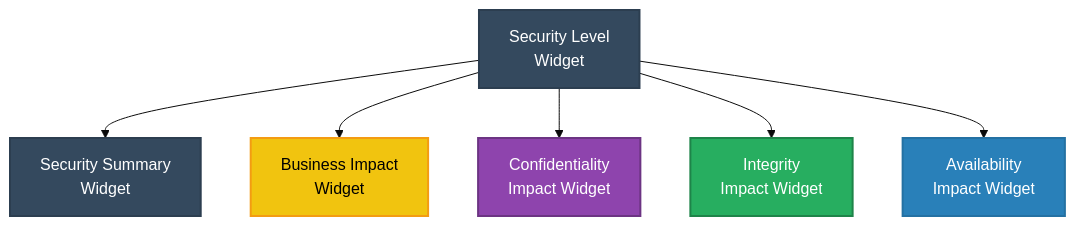
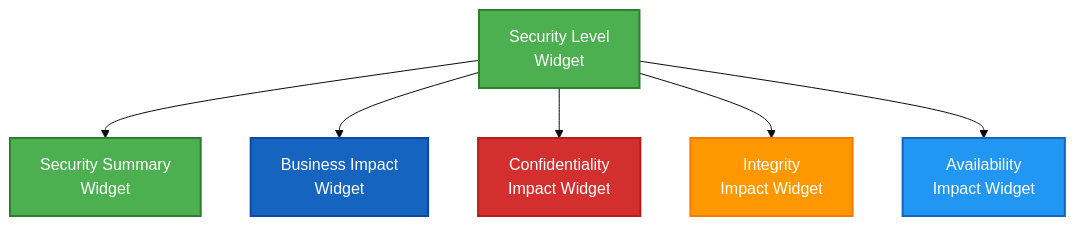
Before and after one commit to Hack23/cia-compliance-manager: the fifth of 5 diagrams in docs/architecture/CONTRIBUTION_GUIDELINES.md, drawn with Mermaid (base theme). The commit also changed other lines of this file and 18 other files, not shown here.

First line of the commit message:
style: update all classDef colors to ISMS style guide palette and fix quadrant charts

````diff
--- a/docs/architecture/CONTRIBUTION_GUIDELINES.md
+++ b/docs/architecture/CONTRIBUTION_GUIDELINES.md
@@ -150,21 +150,21 @@
 ```mermaid
 flowchart TD
     SLW[Security Level<br>Widget] --> SSW[Security Summary<br>Widget]
     SLW --> BIAW[Business Impact<br>Widget]
     SLW --> CIW[Confidentiality<br>Impact Widget]
     SLW --> IIW[Integrity<br>Impact Widget]
     SLW --> AIW[Availability<br>Impact Widget]
     
     %% Style definitions with enhanced colors
-    classDef control fill:#34495e,stroke:#2c3e50,stroke-width:2px,color:white
-    classDef confidentiality fill:#8e44ad,stroke:#6c3483,stroke-width:2px,color:white
-    classDef integrity fill:#27ae60,stroke:#1e8449,stroke-width:2px,color:white
-    classDef availability fill:#2980b9,stroke:#2471a3,stroke-width:2px,color:white
-    classDef business fill:#f1c40f,stroke:#f39c12,stroke-width:2px,color:black
+    classDef control fill:#4CAF50,stroke:#2E7D32,stroke-width:2px,color:#ffffff
+    classDef confidentiality fill:#D32F2F,stroke:#B71C1C,stroke-width:2px,color:#ffffff
+    classDef integrity fill:#FF9800,stroke:#F57C00,stroke-width:2px,color:#ffffff
+    classDef availability fill:#2196F3,stroke:#1565C0,stroke-width:2px,color:#ffffff
+    classDef business fill:#1565C0,stroke:#0D47A1,stroke-width:2px,color:#ffffff
     
     class SLW,SSW control
     class CIW confidentiality
     class IIW integrity
     class AIW availability
     class BIAW business
 ```
````
